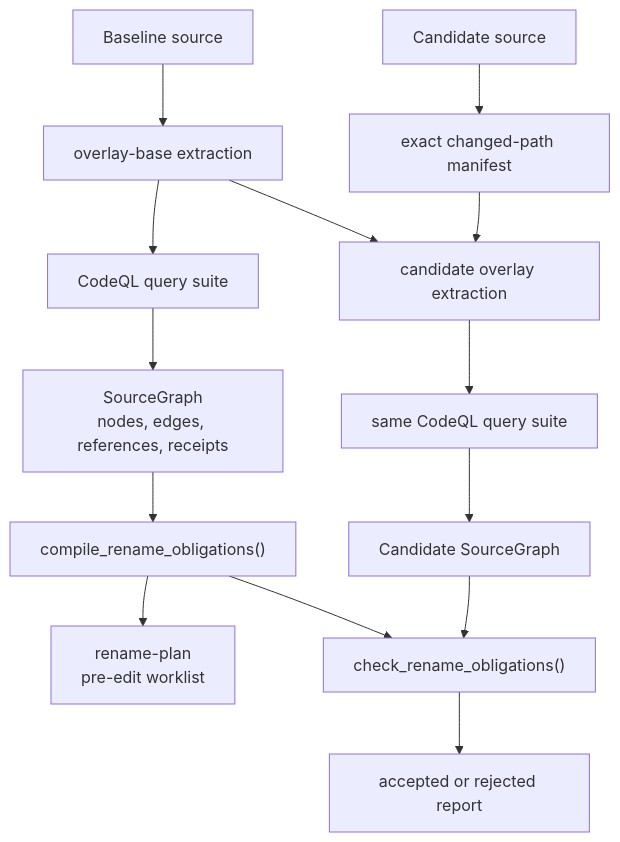
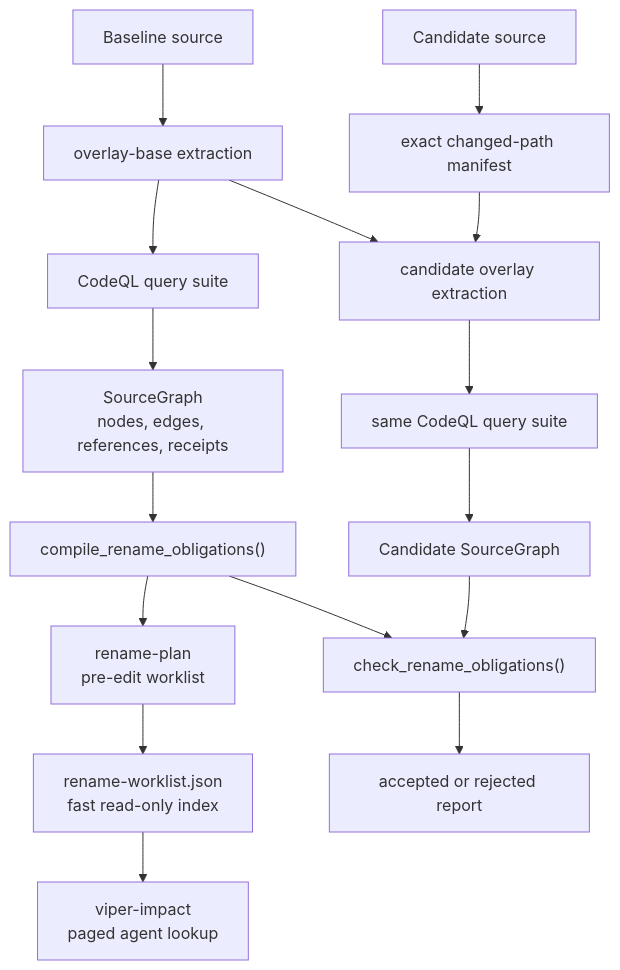
The third of 3 diagrams in docs/development/rename-obligation-check.md (pvd232/viper), drawn with Mermaid before and after one commit. The commit also changed other lines of this file and 17 other files, not shown here.

Commit message:
Add fast indexed rename worklists

````diff
--- a/docs/development/rename-obligation-check.md
+++ b/docs/development/rename-obligation-check.md
@@ -83,16 +84,18 @@
 ```mermaid
 flowchart TB
     S0["Baseline source"] --> B["overlay-base extraction"]
     B --> Q0["CodeQL query suite"]
     Q0 --> G0["SourceGraph<br/>nodes, edges, references, receipts"]
     S1["Candidate source"] --> D["exact changed-path manifest"]
     B --> OVL["candidate overlay extraction"]
     D --> OVL
     OVL --> Q1["same CodeQL query suite"]
     Q1 --> G1["Candidate SourceGraph"]
     G0 --> C["compile_rename_obligations()"]
     C --> P["rename-plan<br/>pre-edit worklist"]
+    P --> F["rename-worklist.json<br/>fast read-only index"]
+    F --> A["viper-impact<br/>paged agent lookup"]
     G1 --> K["check_rename_obligations()"]
     C --> K
     K --> R["accepted or rejected report"]
 ```
````
